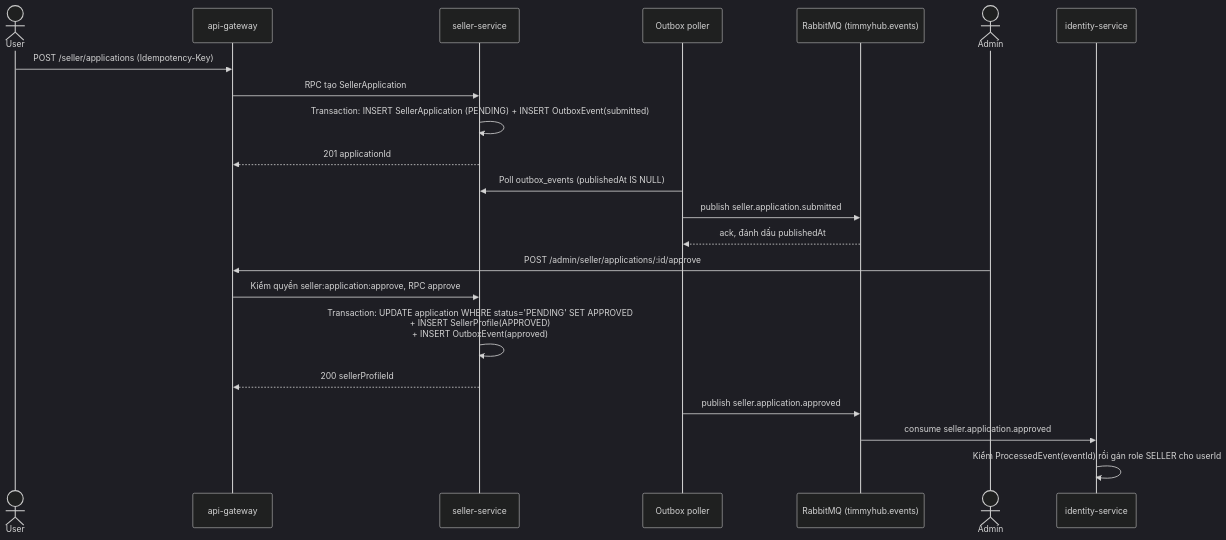
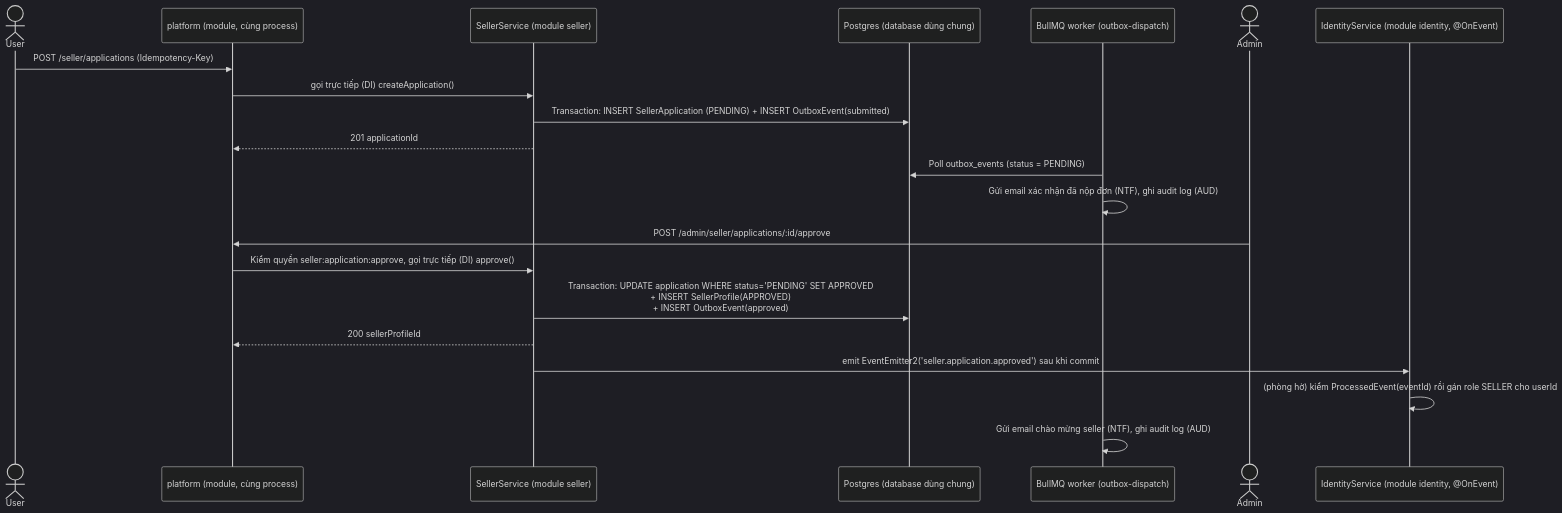
One commit to timmy277/timmyhub changed the first of 2 diagrams in docs/03-specs/seller-onboarding/design.md. Above: the diagram before and after it, drawn with Mermaid (dark theme). The commit also changed other lines of this file and 34 other files, not shown here.

````diff
--- a/docs/03-specs/seller-onboarding/design.md
+++ b/docs/03-specs/seller-onboarding/design.md
@@ -190,26 +206,25 @@
 ```mermaid
 sequenceDiagram
     actor U as User
-    participant GW as api-gateway
-    participant SEL as seller-service
-    participant OB as Outbox poller
-    participant MQ as RabbitMQ (timmyhub.events)
+    participant PLT as platform (module, cùng process)
+    participant SEL as SellerService (module seller)
+    participant DB as Postgres (database dùng chung)
+    participant OB as BullMQ worker (outbox-dispatch)
     actor A as Admin
-    participant IDN as identity-service
+    participant IDN as IdentityService (module identity, @OnEvent)
 
-    U->>GW: POST /seller/applications (Idempotency-Key)
-    GW->>SEL: RPC tạo SellerApplication
-    SEL->>SEL: Transaction: INSERT SellerApplication (PENDING) + INSERT OutboxEvent(submitted)
-    SEL-->>GW: 201 applicationId
-    OB->>SEL: Poll outbox_events (publishedAt IS NULL)
-    OB->>MQ: publish seller.application.submitted
-    MQ-->>OB: ack, đánh dấu publishedAt
+    U->>PLT: POST /seller/applications (Idempotency-Key)
+    PLT->>SEL: gọi trực tiếp (DI) createApplication()
+    SEL->>DB: Transaction: INSERT SellerApplication (PENDING) + INSERT OutboxEvent(submitted)
+    SEL-->>PLT: 201 applicationId
+    OB->>DB: Poll outbox_events (status = PENDING)
+    OB->>OB: Gửi email xác nhận đã nộp đơn (NTF), ghi audit log (AUD)
 
-    A->>GW: POST /admin/seller/applications/:id/approve
-    GW->>SEL: Kiểm quyền seller:application:approve, RPC approve
-    SEL->>SEL: Transaction: UPDATE application WHERE status='PENDING' SET APPROVED<br/>+ INSERT SellerProfile(APPROVED)<br/>+ INSERT OutboxEvent(approved)
-    SEL-->>GW: 200 sellerProfileId
-    OB->>MQ: publish seller.application.approved
-    MQ->>IDN: consume seller.application.approved
-    IDN->>IDN: Kiểm ProcessedEvent(eventId) rồi gán role SELLER cho userId
+    A->>PLT: POST /admin/seller/applications/:id/approve
+    PLT->>SEL: Kiểm quyền seller:application:approve, gọi trực tiếp (DI) approve()
+    SEL->>DB: Transaction: UPDATE application WHERE status='PENDING' SET APPROVED<br/>+ INSERT SellerProfile(APPROVED)<br/>+ INSERT OutboxEvent(approved)
+    SEL-->>PLT: 200 sellerProfileId
+    SEL->>IDN: emit EventEmitter2('seller.application.approved') sau khi commit
+    IDN->>IDN: (phòng hờ) kiểm ProcessedEvent(eventId) rồi gán role SELLER cho userId
+    OB->>OB: Gửi email chào mừng seller (NTF), ghi audit log (AUD)
 ```
````
